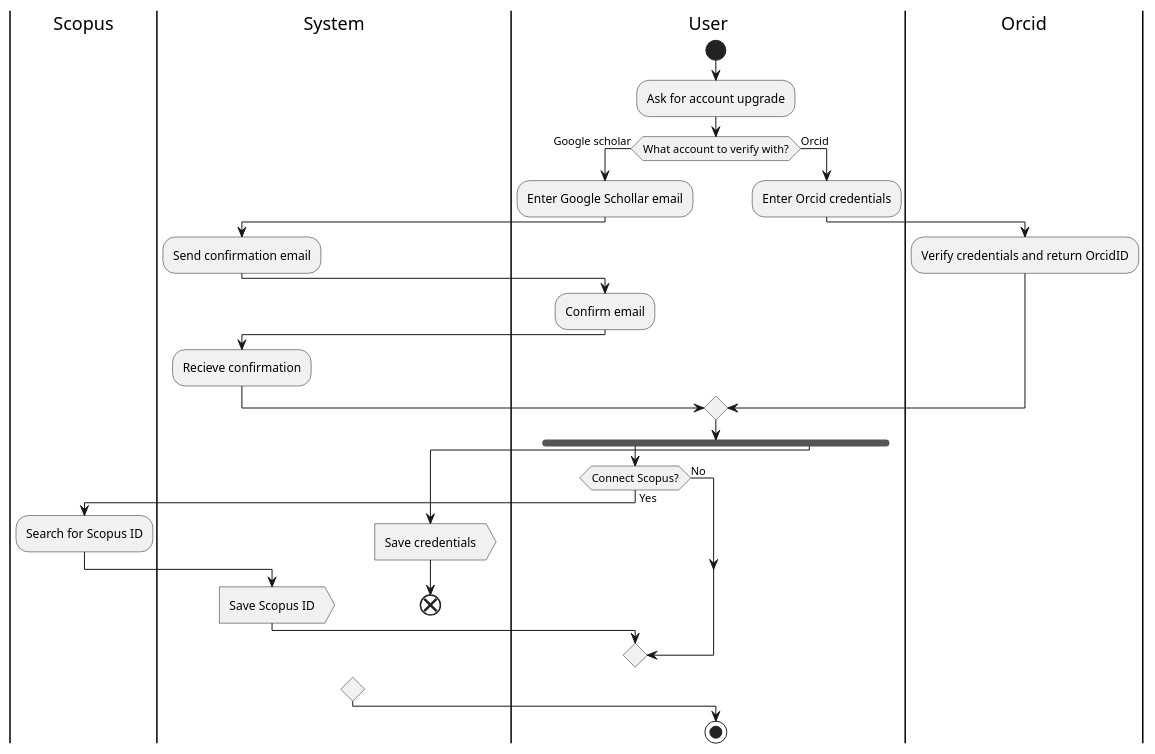
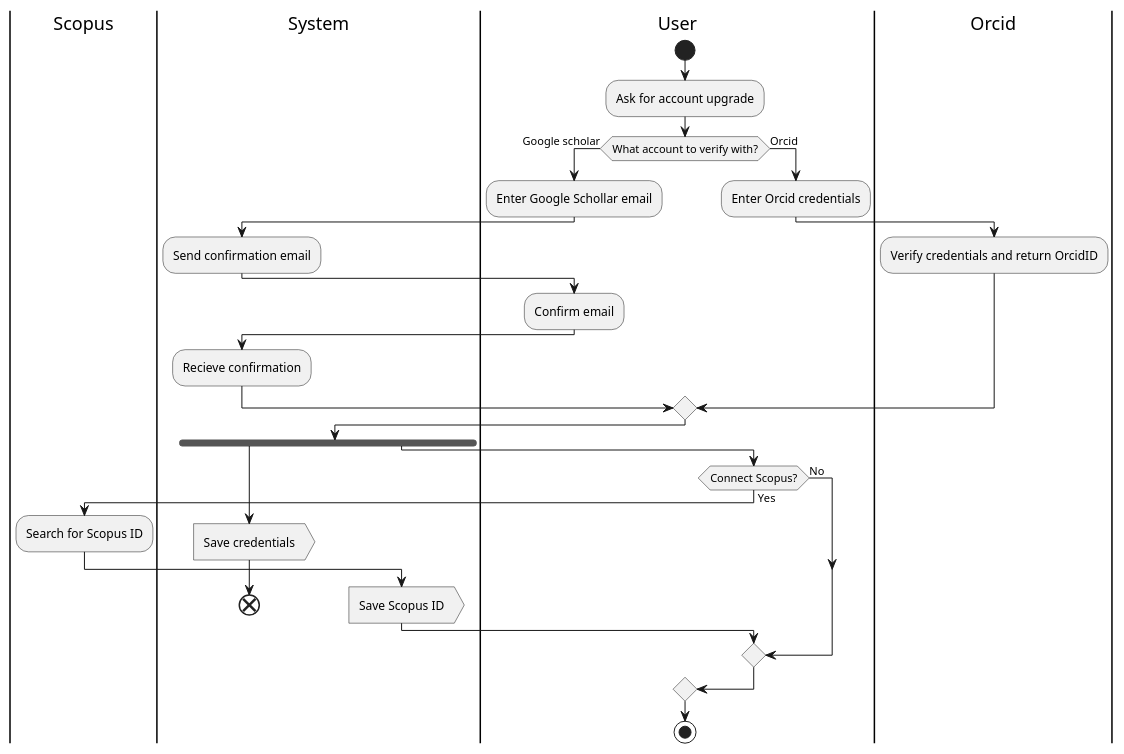
Before and after one commit to LenivyKrabik/KPI2: the diagram in Lab4/artifacts/update-account-status.puml, drawn with PlantUML. The commit also changed 1 other file, not shown here.

```diff
--- a/Lab4/artifacts/update-account-status.puml
+++ b/Lab4/artifacts/update-account-status.puml
@@ -1,49 +1,51 @@
 @startuml
 |Scopus|
 |System|
 |User|
 
 |Orcid|
 
 
 |User|
 start
 :Ask for account upgrade;
 
 if (What account to verify with?) then (Google scholar)
 
     |User|
     :Enter Google Schollar email;
     |System|
     :Send confirmation email;
     |User|
     :Confirm email;
     |System|
     :Recieve confirmation;
 
 else (Orcid)
     |User|
     :Enter Orcid credentials;
     |Orcid|
     :Verify credentials and return OrcidID;
 
 endif
+
+|User|
 fork
+    |System|
+    :Save credentials; <<output>>
+    end
+fork again
     |User|
     if (Connect Scopus?) then (No)
     else (Yes)
         |Scopus|
         :Search for Scopus ID;
         |System|
         :Save Scopus ID; <<output>>
     endif
-fork again
-    |System|
-    :Save credentials; <<output>>
-    end
 
 end merge
 
 |User|
 stop
 @enduml
```
